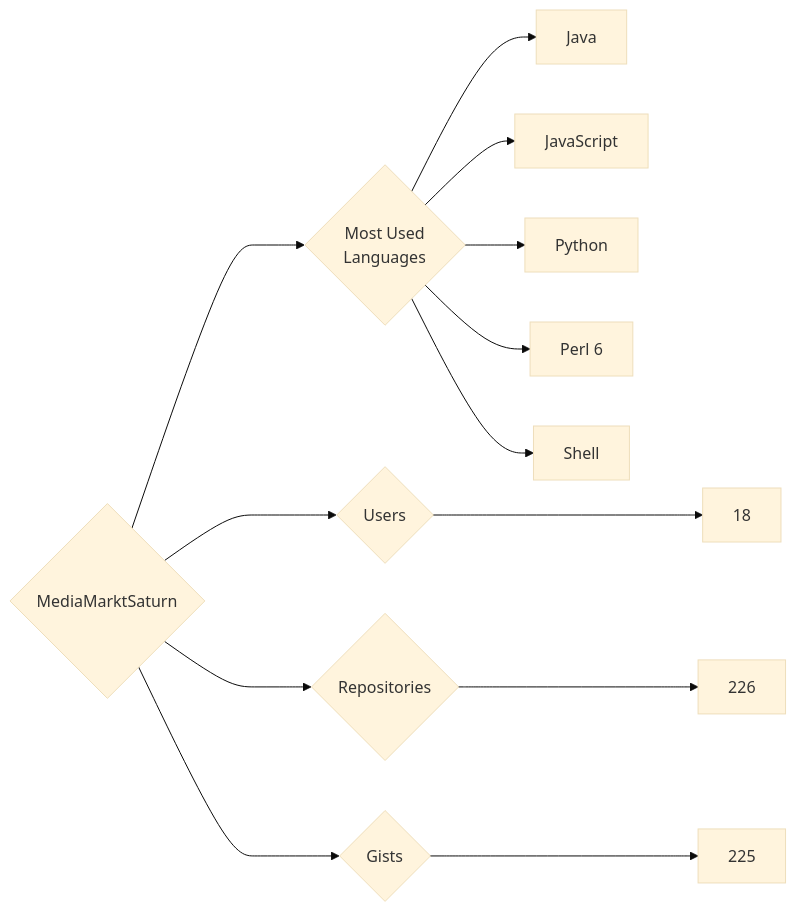
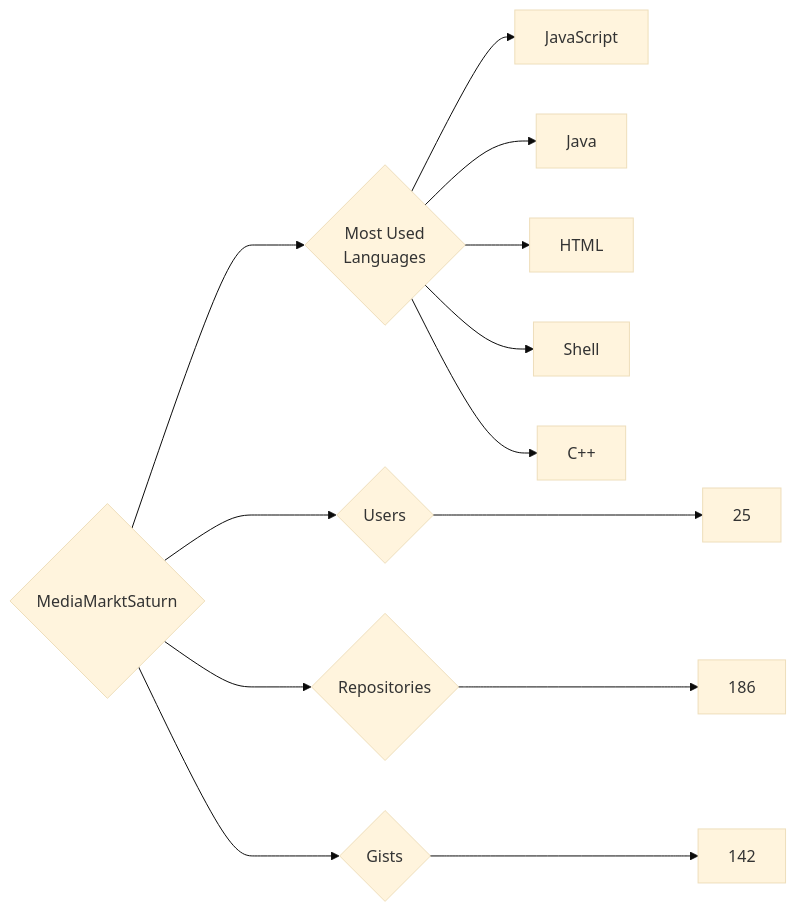
Before and after one commit to trickest/insiders: the diagram in targets/MediaMarktSaturn/README.md, drawn with Mermaid (base theme). The commit also changed 964 other files, not shown here.

````diff
--- a/targets/MediaMarktSaturn/README.md
+++ b/targets/MediaMarktSaturn/README.md
@@ -3,13 +3,13 @@
 ```mermaid
 graph LR
 COMPANY_NAME{MediaMarktSaturn}
-COMPANY_NAME ---> U{Users} ---> UN[18]
-COMPANY_NAME ---> R{Repositories} ---> RN[226]
-COMPANY_NAME ---> G{Gists} ---> GN[225]
+COMPANY_NAME ---> U{Users} ---> UN[25]
+COMPANY_NAME ---> R{Repositories} ---> RN[186]
+COMPANY_NAME ---> G{Gists} ---> GN[142]
 COMPANY_NAME ---> ML{Most Used<br>Languages}
+ML --> JavaScript[JavaScript]
 ML --> Java[Java]
-ML --> JavaScript[JavaScript]
-ML --> Python[Python]
-ML --> Perl_6[Perl 6]
+ML --> HTML[HTML]
 ML --> Shell[Shell]
+ML --> C++[C++]
 ```
````
